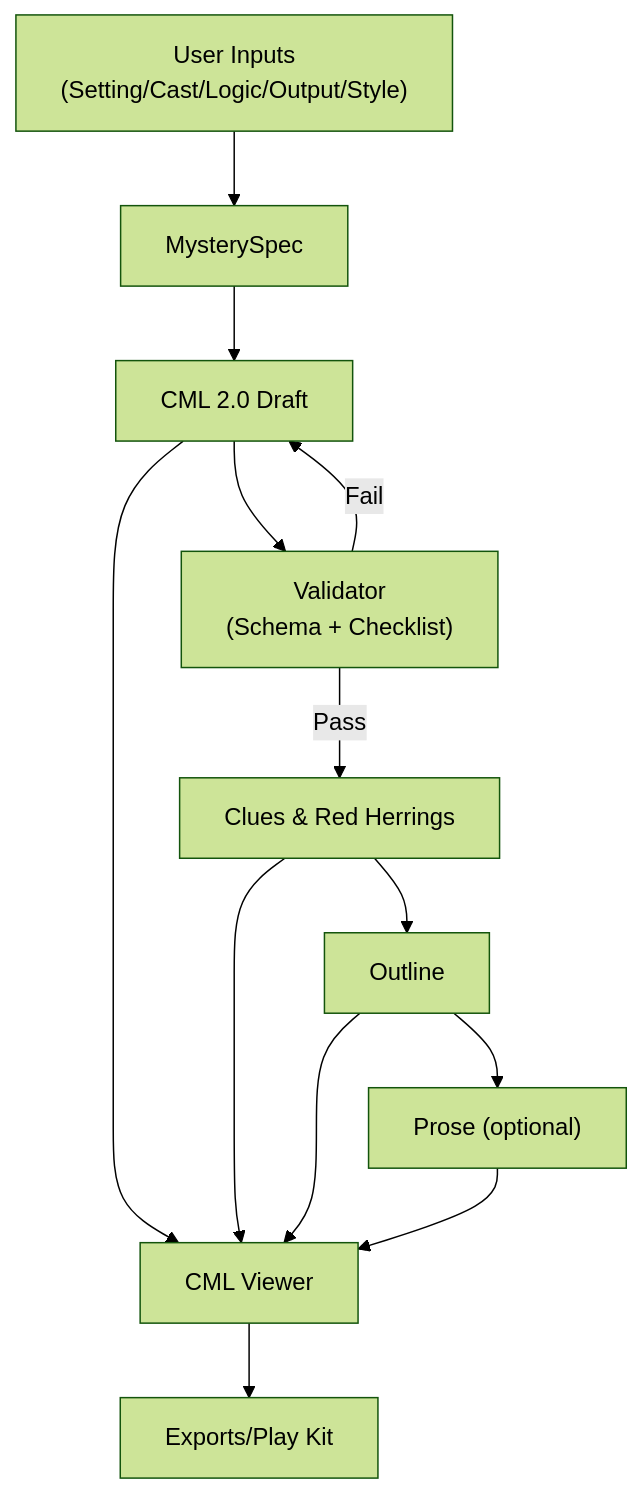
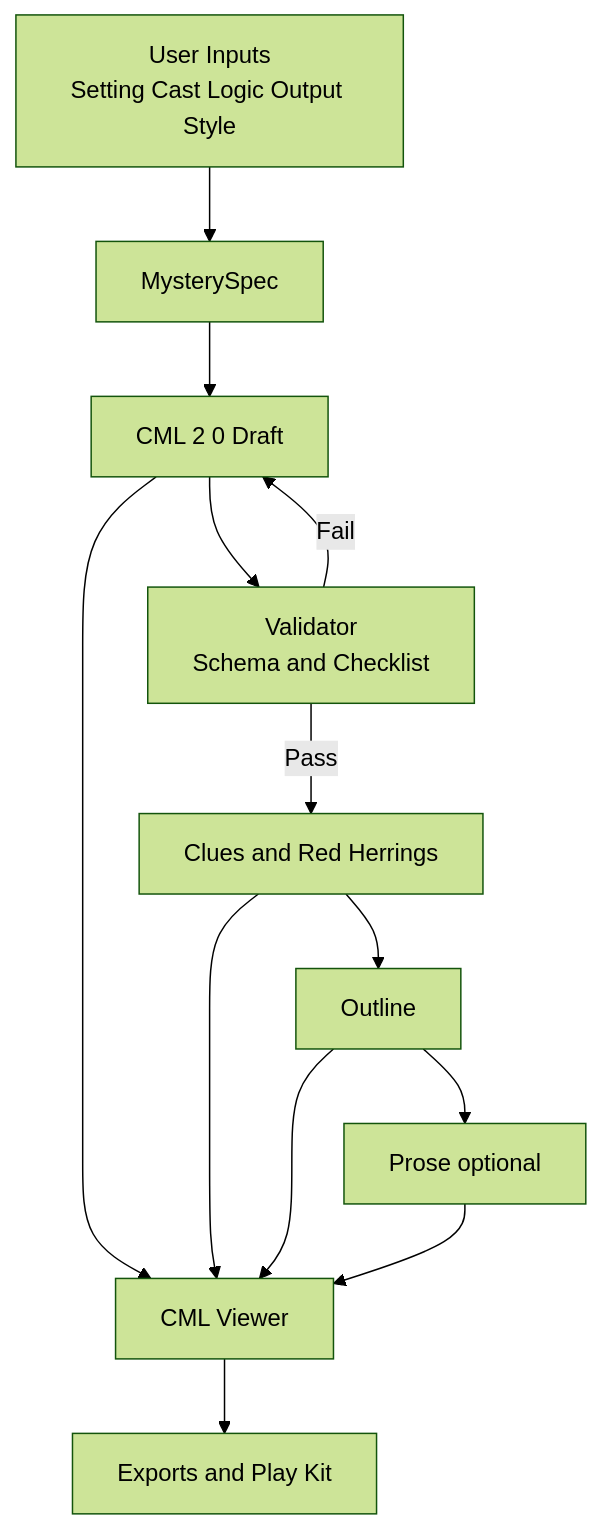
One commit to andylelli/cml_01 changed the first of 2 diagrams in multi_agent_whodunit_plan.md. Above: the diagram before and after it, drawn with Mermaid (forest theme). The commit also changed other lines of this file, not shown here.

````diff
--- a/multi_agent_whodunit_plan.md
+++ b/multi_agent_whodunit_plan.md
@@ -445,15 +445,15 @@
 ```mermaid
 flowchart TD
-  U["User Inputs<br/>(Setting/Cast/Logic/Output/Style)"] --> S[MysterySpec]
-  S --> CML[CML 2.0 Draft]
-  CML --> V["Validator<br/>(Schema + Checklist)"]
-  V -->|Pass| CL[Clues & Red Herrings]
+  U["User Inputs<br/>Setting Cast Logic Output Style"] --> S[MysterySpec]
+  S --> CML["CML 2 0 Draft"]
+  CML --> V["Validator<br/>Schema and Checklist"]
+  V -->|Pass| CL["Clues and Red Herrings"]
   V -->|Fail| CML
   CL --> O[Outline]
-  O --> P["Prose (optional)"]
+  O --> P["Prose optional"]
   CML --> UI["CML Viewer"]
   CL --> UI
   O --> UI
   P --> UI
-  UI --> E["Exports/Play Kit"]
+  UI --> E["Exports and Play Kit"]
 ```
````
